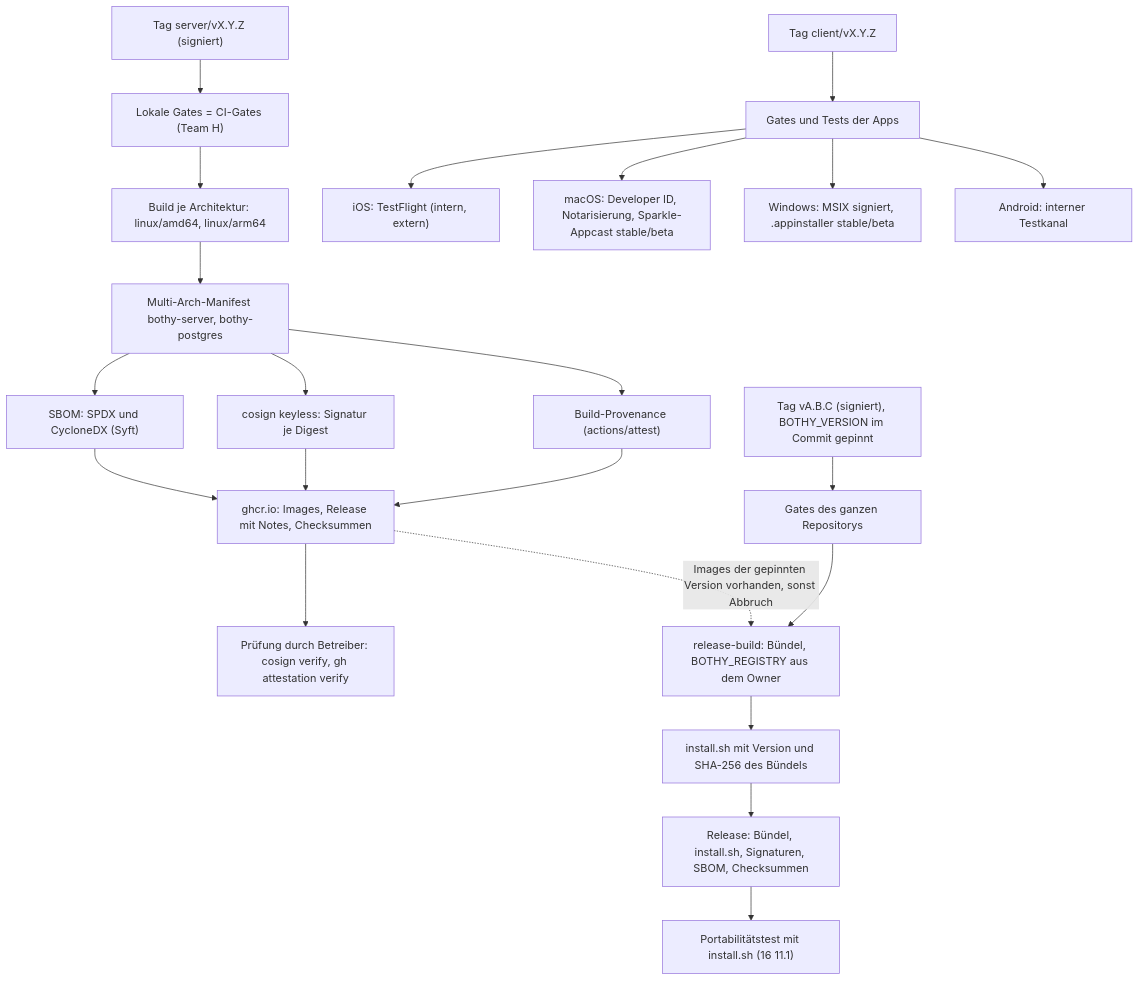
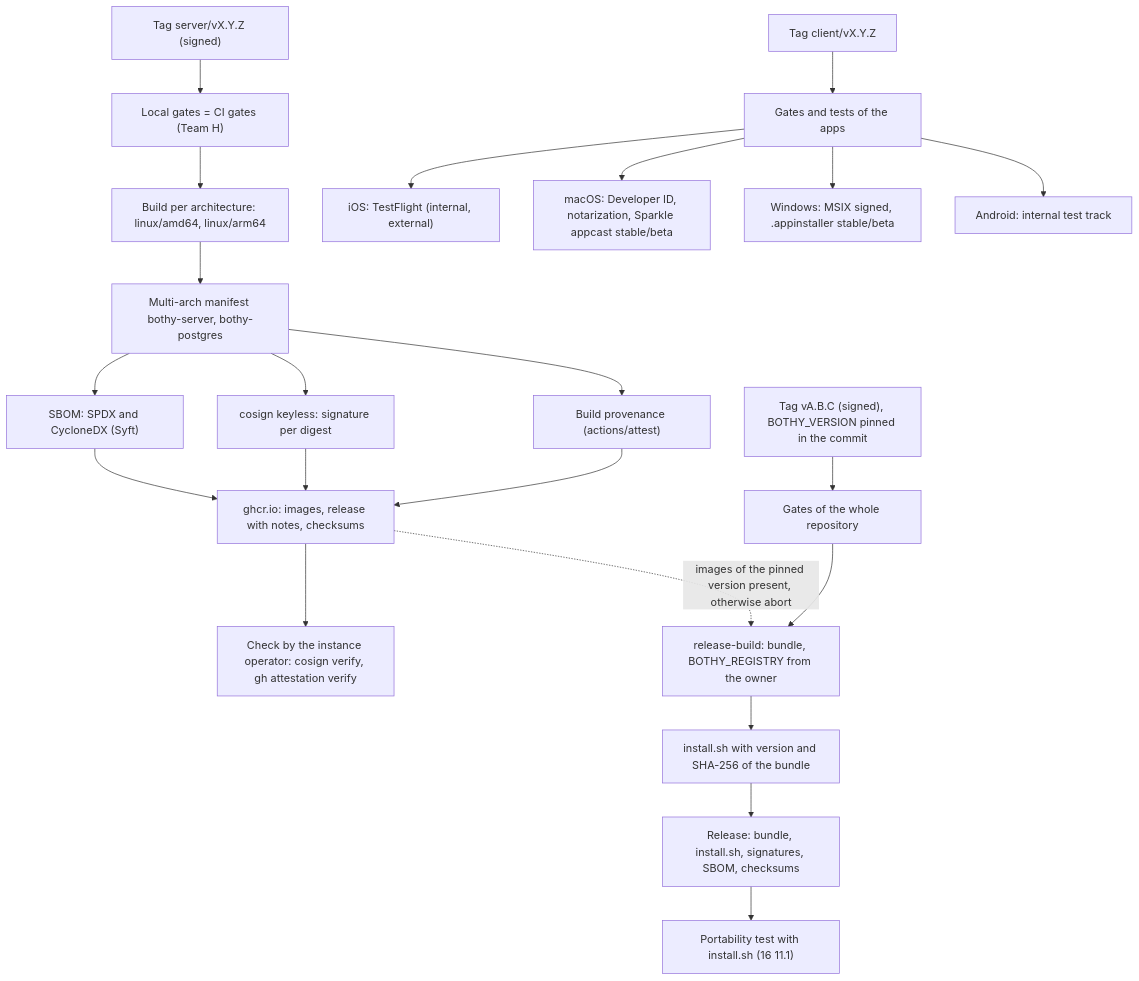
The diagram in docs/operations/diagrams/release-pipeline.mmd (mguttmann/bothy), drawn with Mermaid before and after one commit. The commit also changed 73 other files, not shown here.

```diff
--- a/docs/operations/diagrams/release-pipeline.mmd
+++ b/docs/operations/diagrams/release-pipeline.mmd
@@ -1,24 +1,24 @@
 flowchart TB
-    tag["Tag server/vX.Y.Z (signiert)"] --> gates["Lokale Gates = CI-Gates (Team H)"]
-    gates --> build["Build je Architektur: linux/amd64, linux/arm64"]
-    build --> manifest["Multi-Arch-Manifest bothy-server, bothy-postgres"]
-    manifest --> sbom["SBOM: SPDX und CycloneDX (Syft)"]
-    manifest --> sign["cosign keyless: Signatur je Digest"]
-    manifest --> prov["Build-Provenance (actions/attest)"]
-    sbom --> publish["ghcr.io: Images, Release mit Notes, Checksummen"]
+    tag["Tag server/vX.Y.Z (signed)"] --> gates["Local gates = CI gates (Team H)"]
+    gates --> build["Build per architecture: linux/amd64, linux/arm64"]
+    build --> manifest["Multi-arch manifest bothy-server, bothy-postgres"]
+    manifest --> sbom["SBOM: SPDX and CycloneDX (Syft)"]
+    manifest --> sign["cosign keyless: signature per digest"]
+    manifest --> prov["Build provenance (actions/attest)"]
+    sbom --> publish["ghcr.io: images, release with notes, checksums"]
     sign --> publish
     prov --> publish
-    publish --> verify["Prüfung durch Betreiber: cosign verify, gh attestation verify"]
+    publish --> verify["Check by the instance operator: cosign verify, gh attestation verify"]
 
-    prodtag["Tag vA.B.C (signiert), BOTHY_VERSION im Commit gepinnt"] --> prodgates["Gates des ganzen Repositorys"]
-    prodgates --> bundle["release-build: Bündel, BOTHY_REGISTRY aus dem Owner"]
-    publish -. "Images der gepinnten Version vorhanden, sonst Abbruch" .-> bundle
-    bundle --> install["install.sh mit Version und SHA-256 des Bündels"]
-    install --> prodpublish["Release: Bündel, install.sh, Signaturen, SBOM, Checksummen"]
-    prodpublish --> port["Portabilitätstest mit install.sh (16 11.1)"]
+    prodtag["Tag vA.B.C (signed), BOTHY_VERSION pinned in the commit"] --> prodgates["Gates of the whole repository"]
+    prodgates --> bundle["release-build: bundle, BOTHY_REGISTRY from the owner"]
+    publish -. "images of the pinned version present, otherwise abort" .-> bundle
+    bundle --> install["install.sh with version and SHA-256 of the bundle"]
+    install --> prodpublish["Release: bundle, install.sh, signatures, SBOM, checksums"]
+    prodpublish --> port["Portability test with install.sh (16 11.1)"]
 
-    apptag["Tag client/vX.Y.Z"] --> appgates["Gates und Tests der Apps"]
-    appgates --> ios["iOS: TestFlight (intern, extern)"]
-    appgates --> mac["macOS: Developer ID, Notarisierung, Sparkle-Appcast stable/beta"]
-    appgates --> win["Windows: MSIX signiert, .appinstaller stable/beta"]
-    appgates --> android["Android: interner Testkanal"]
+    apptag["Tag client/vX.Y.Z"] --> appgates["Gates and tests of the apps"]
+    appgates --> ios["iOS: TestFlight (internal, external)"]
+    appgates --> mac["macOS: Developer ID, notarization, Sparkle appcast stable/beta"]
+    appgates --> win["Windows: MSIX signed, .appinstaller stable/beta"]
+    appgates --> android["Android: internal test track"]
```
